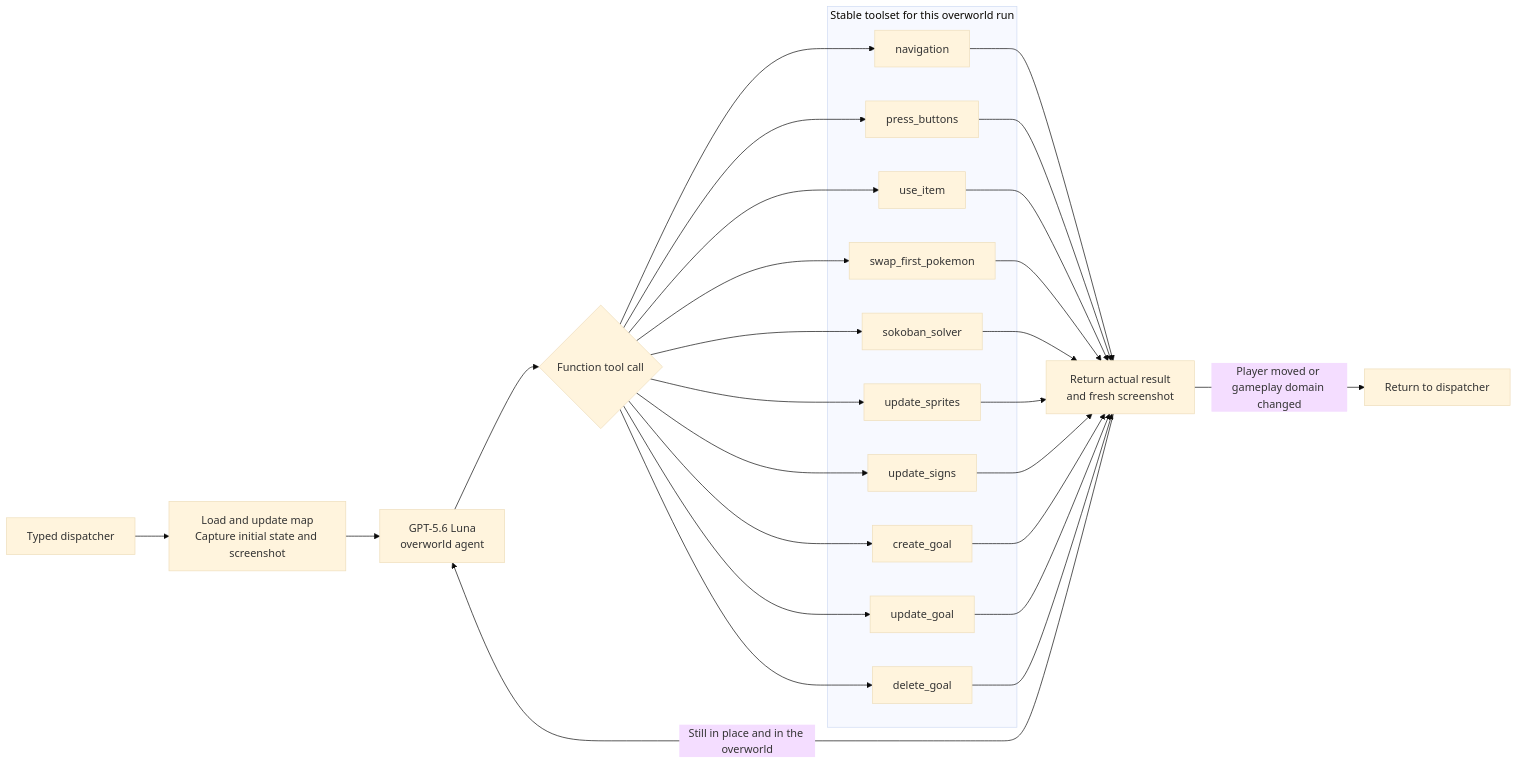
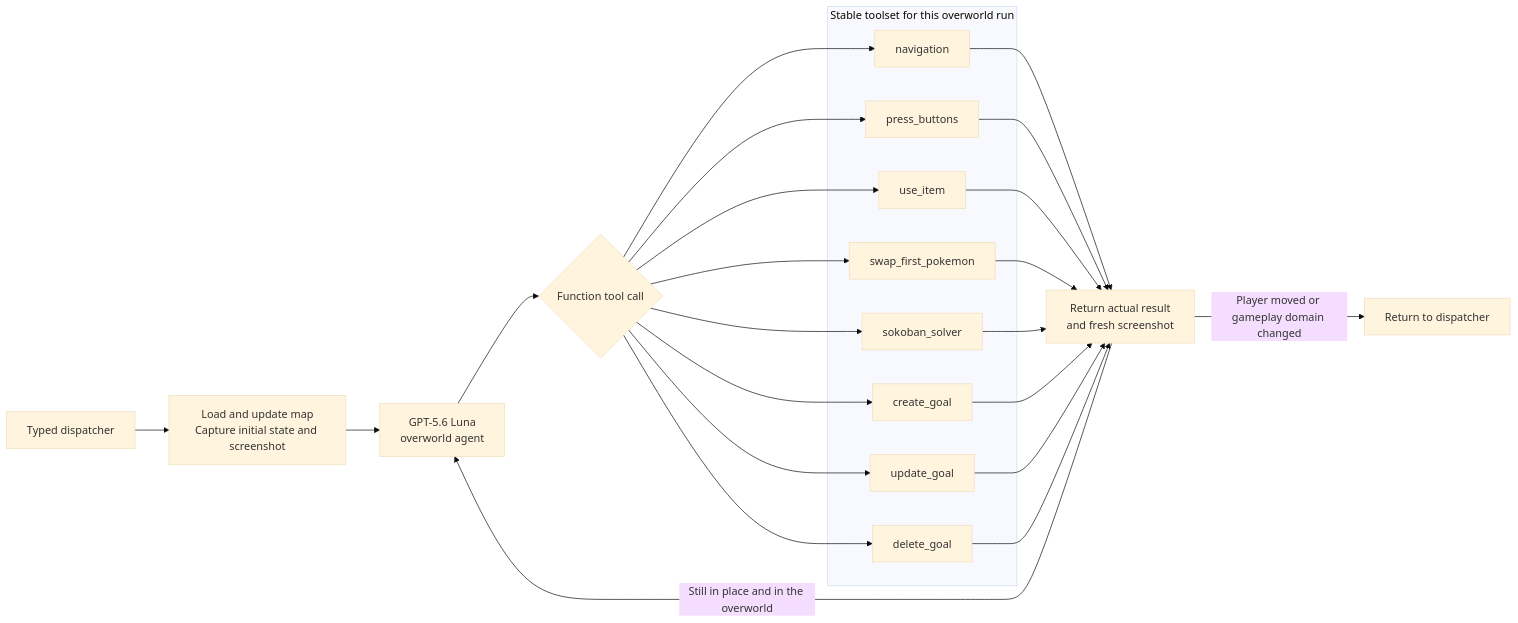
Before and after one commit to clambro/ai-plays-pokemon: the second of 4 diagrams in docs/workflow.md, drawn with Mermaid (base theme). The commit also changed other lines of this file and 16 other files, not shown here.

````diff
--- a/docs/workflow.md
+++ b/docs/workflow.md
@@ -51,44 +51,38 @@
 ```mermaid
 flowchart LR
     dispatch["Typed dispatcher"] --> prepare["Load and update map<br/>Capture initial state and screenshot"]
     prepare --> agent["GPT-5.6 Luna<br/>overworld agent"]
     agent --> choice{"Function tool call"}
 
     subgraph toolset["Stable toolset for this overworld run"]
         navigate["navigation"]
         buttons["press_buttons"]
         item["use_item"]
         swap["swap_first_pokemon"]
         sokoban["sokoban_solver"]
-        sprites["update_sprites"]
-        signs["update_signs"]
         create_goal["create_goal"]
         update_goal["update_goal"]
         delete_goal["delete_goal"]
     end
 
     choice --> navigate
     choice --> buttons
     choice --> item
     choice --> swap
     choice --> sokoban
-    choice --> sprites
-    choice --> signs
     choice --> create_goal
     choice --> update_goal
     choice --> delete_goal
 
     navigate --> observe["Return actual result<br/>and fresh screenshot"]
     buttons --> observe
     item --> observe
     swap --> observe
     sokoban --> observe
-    sprites --> observe
-    signs --> observe
     create_goal --> observe
     update_goal --> observe
     delete_goal --> observe
 
     observe -->|"Still in place and in the overworld"| agent
     observe -->|"Player moved or gameplay domain changed"| finish["Return to dispatcher"]
 ```
````
